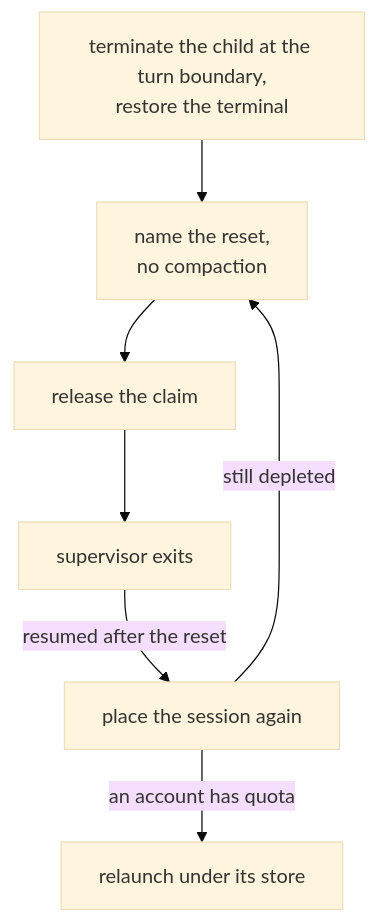
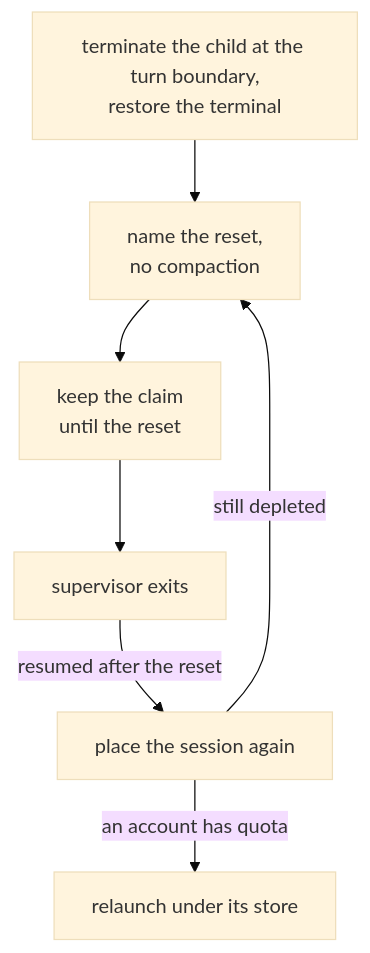
The eighth of 10 diagrams in docs/content/docs/architecture.mdx (anaclumos/tokenmaxxing), drawn with Mermaid (base theme) before and after one commit. The commit also changed other lines of this file and 5 other files, not shown here.

First line of the commit message:
fix: keep a depleted stop's wait claim until its reset (#434)

````diff
--- a/docs/content/docs/architecture.mdx
+++ b/docs/content/docs/architecture.mdx
@@ -284,9 +284,9 @@
 ```mermaid
 flowchart TD
   t["terminate the child at the turn boundary,<br/>restore the terminal"] --> cd["name the reset,<br/>no compaction"]
-  cd --> r["release the claim"]
+  cd --> r["keep the claim<br/>until the reset"]
   r --> x["supervisor exits"]
   x -->|"resumed after the reset"| p["place the session again"]
   p -->|"an account has quota"| l["relaunch under its store"]
   p -->|"still depleted"| cd
 ```
````
